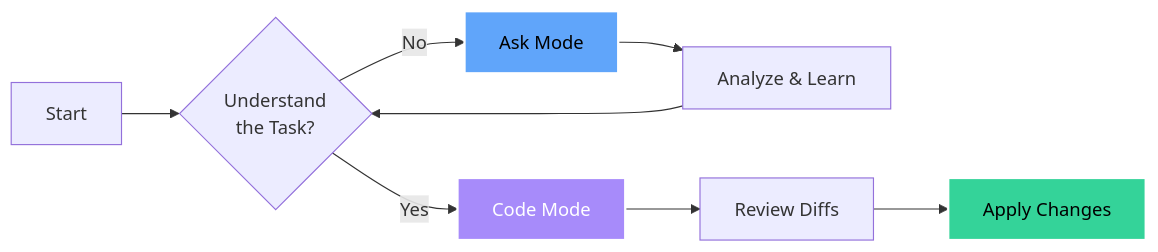
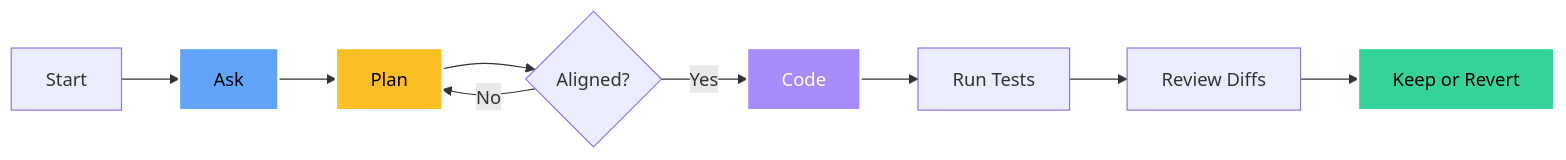
The third of 8 diagrams in slides.md (kousen/junie-training), drawn with Mermaid before and after one commit. The commit also changed other lines of this file and 29 other files, not shown here.

````diff
--- a/slides.md
+++ b/slides.md
@@ -397,14 +319,16 @@
 ```mermaid
 graph LR
-    A[Start] --> B{Understand<br/>the Task?}
-    B -->|No| C[Ask Mode]
-    C --> D[Analyze & Learn]
-    D --> B
-    B -->|Yes| E[Code Mode]
-    E --> F[Review Diffs]
-    F --> G[Apply Changes]
+    A[Start] --> B[Ask]
+    B --> C[Plan]
+    C --> D{Aligned?}
+    D -->|No| C
+    D -->|Yes| E[Code]
+    E --> F[Run Tests]
+    F --> G[Review Diffs]
+    G --> H[Keep or Revert]
     
-    style C fill:#60a5fa,stroke:#fff,stroke-width:2px,color:#000
+    style B fill:#60a5fa,stroke:#fff,stroke-width:2px,color:#000
+    style C fill:#fbbf24,stroke:#fff,stroke-width:2px,color:#000
     style E fill:#a78bfa,stroke:#fff,stroke-width:2px,color:#fff
-    style G fill:#34d399,stroke:#fff,stroke-width:2px,color:#000
+    style H fill:#34d399,stroke:#fff,stroke-width:2px,color:#000
 ```
````
